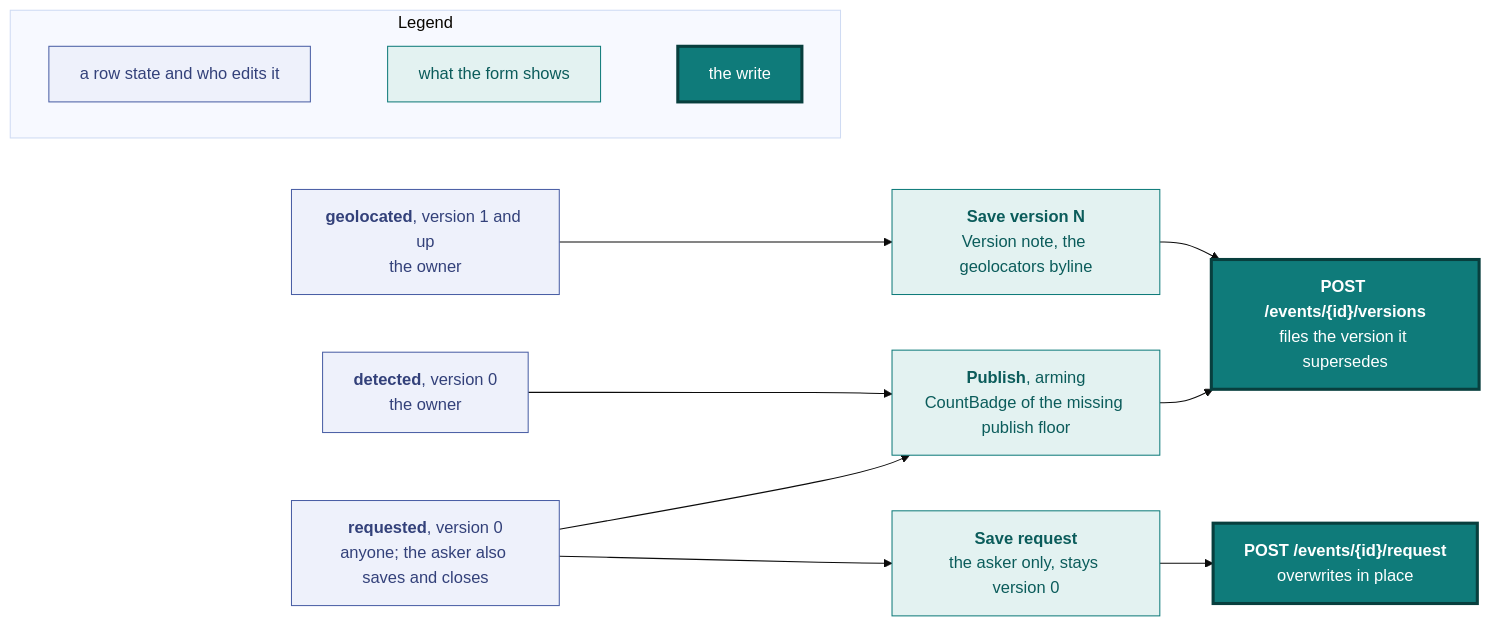
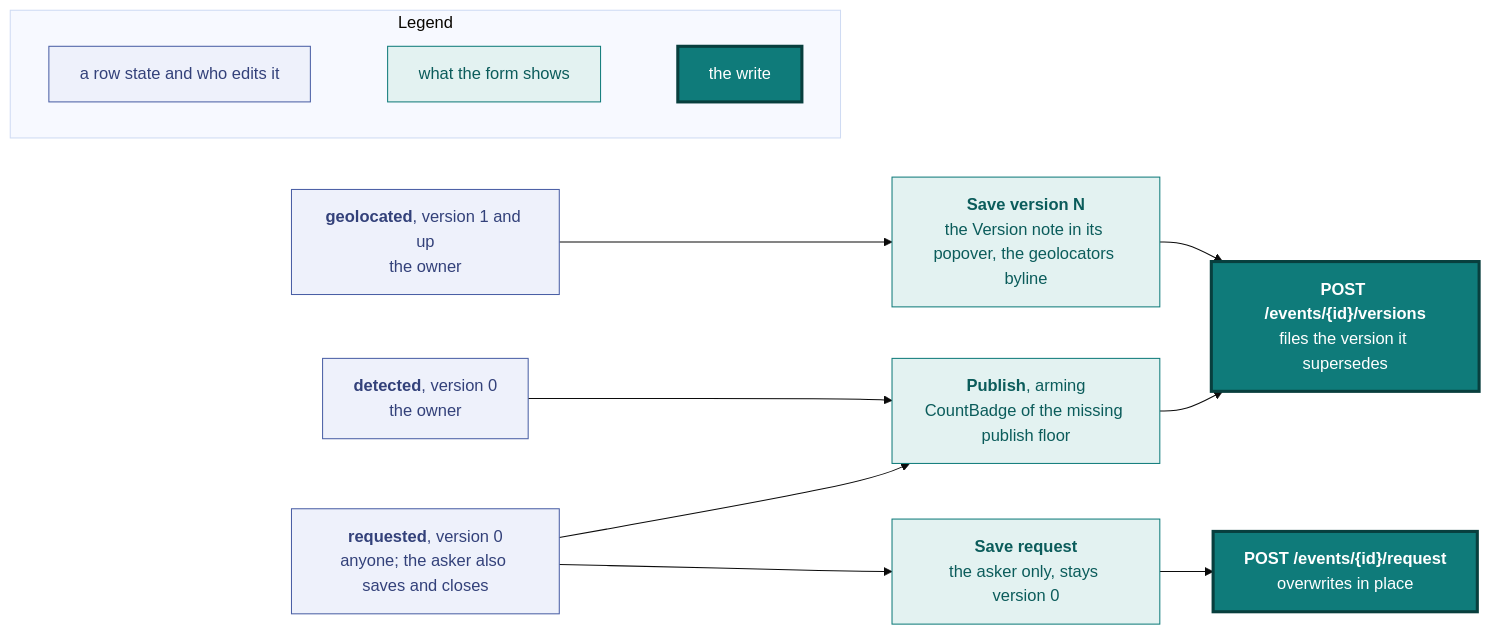
The tenth of 15 diagrams in docs/design.md (vidithq/vidit), drawn with Mermaid (base theme) before and after one commit. The commit also changed other lines of this file and 1 other file, not shown here.

Commit message:
docs: describe the aligned event forms and their shared actions

````diff
--- a/docs/design.md
+++ b/docs/design.md
@@ -995,38 +995,38 @@
 ```mermaid
 flowchart LR
   classDef spec fill:#eef1fb,stroke:#4a5fa5,color:#33417a
   classDef shared fill:#e3f2f1,stroke:#0f7b7a,color:#0b5c5b
   classDef core fill:#0f7b7a,stroke:#083f3e,stroke-width:3px,color:#ffffff
 
   subgraph legend [Legend]
     direction LR
     l1["`a row state and who edits it`"]:::spec
     l2["`what the form shows`"]:::shared
     l3["`the write`"]:::core
     l1 ~~~ l2 ~~~ l3
   end
 
   request["`**requested**, version 0
   anyone; the asker also saves and closes`"]:::spec
   detection["`**detected**, version 0
   the owner`"]:::spec
   published["`**geolocated**, version 1 and up
   the owner`"]:::spec
   publish["`**Publish**, arming
   CountBadge of the missing publish floor`"]:::shared
   save_request["`**Save request**
   the asker only, stays version 0`"]:::shared
   save["`**Save version N**
-  Version note, the geolocators byline`"]:::shared
+  the Version note in its popover, the geolocators byline`"]:::shared
   versions["`**POST /events/{id}/versions**
   files the version it supersedes`"]:::core
   request_write["`**POST /events/{id}/request**
   overwrites in place`"]:::core
 
   request --> publish
   request --> save_request --> request_write
   detection --> publish
   published --> save
   publish --> versions
   save --> versions
 ```
````
